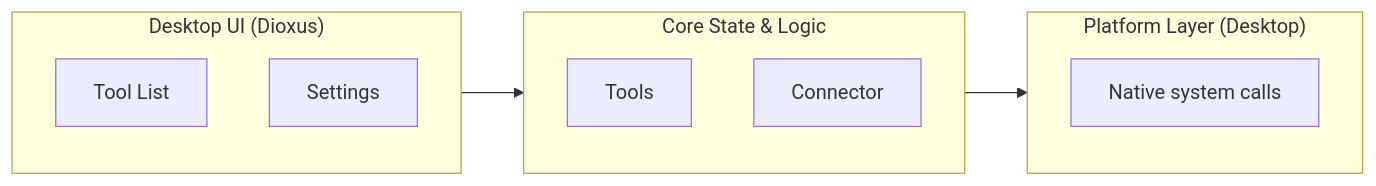
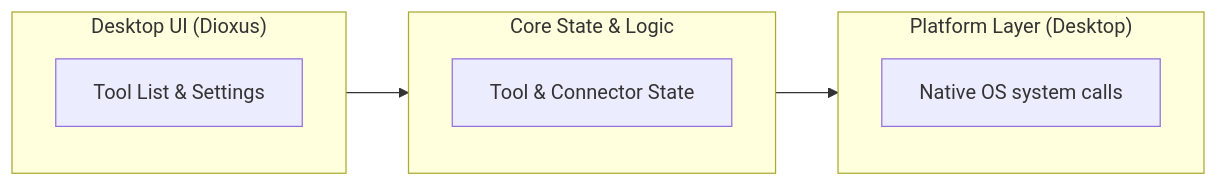
The second of 7 diagrams in src/content/docs/pick/architecture.mdx (Strike48-public/strike48-labs), drawn with Mermaid before and after one commit. The commit also changed other lines of this file, not shown here.

First line of the commit message:
Fix mermaid subgraph label overflow on Pick architecture page

````diff
--- a/src/content/docs/pick/architecture.mdx
+++ b/src/content/docs/pick/architecture.mdx
@@ -172,15 +172,13 @@
 ```mermaid
 flowchart LR
     subgraph UI ["Desktop UI (Dioxus)"]
-        TL["Tool List"]
-        ST["Settings"]
+        TL["Tool List & Settings"]
     end
     subgraph Core ["Core State & Logic"]
-        TO["Tools"]
-        CO["Connector"]
+        TO["Tool & Connector State"]
     end
     subgraph Platform ["Platform Layer (Desktop)"]
-        NS["Native system calls"]
+        NS["Native OS system calls"]
     end
     UI --> Core --> Platform
 ```
````
